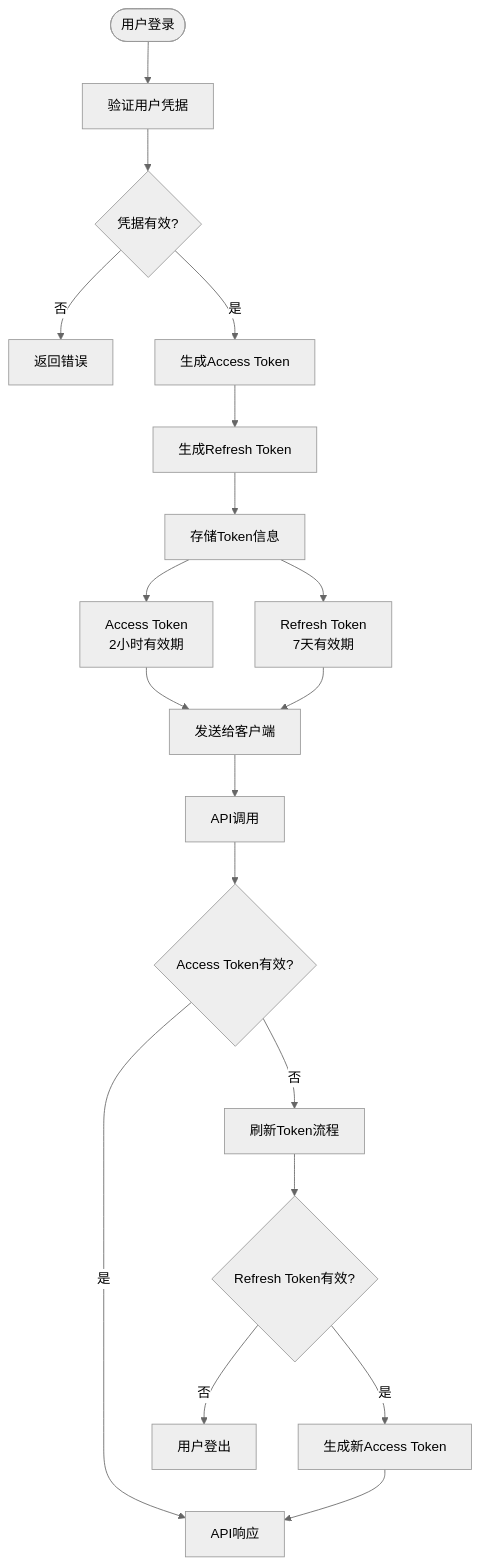
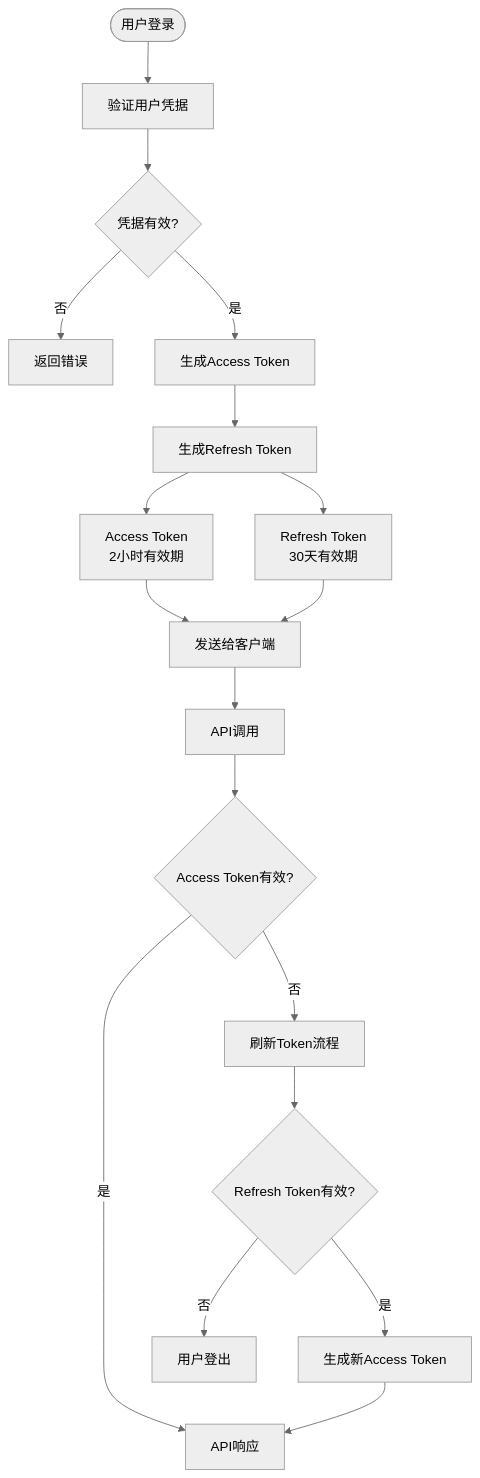
The third of 5 diagrams in .qoder/repowiki/zh/content/安全设计/认证与授权/JWT身份验证.md (wyg5208/website_diy), drawn with Mermaid (neutral theme) before and after one commit. The commit also changed other lines of this file and 43 other files, not shown here.

````diff
--- a/.qoder/repowiki/zh/content/安全设计/认证与授权/JWT身份验证.md
+++ b/.qoder/repowiki/zh/content/安全设计/认证与授权/JWT身份验证.md
@@ -129,21 +133,20 @@
 ```mermaid
 flowchart TD
 Start([用户登录]) --> Validate[验证用户凭据]
 Validate --> Valid{凭据有效?}
 Valid --> |否| Error[返回错误]
 Valid --> |是| GenerateAccess[生成Access Token]
 GenerateAccess --> GenerateRefresh[生成Refresh Token]
-GenerateRefresh --> StoreTokens[存储Token信息]
-StoreTokens --> AccessToken[Access Token<br/>2小时有效期]
-StoreTokens --> RefreshToken[Refresh Token<br/>7天有效期]
+GenerateRefresh --> AccessToken[Access Token<br/>2小时有效期]
+GenerateRefresh --> RefreshToken[Refresh Token<br/>30天有效期]
 AccessToken --> Client[发送给客户端]
 RefreshToken --> Client
 Client --> UseAPI[API调用]
 UseAPI --> ValidateAccess{Access Token有效?}
 ValidateAccess --> |是| Success[API响应]
 ValidateAccess --> |否| RefreshFlow[刷新Token流程]
 RefreshFlow --> VerifyRefresh{Refresh Token有效?}
 VerifyRefresh --> |否| Logout[用户登出]
 VerifyRefresh --> |是| GenerateNew[生成新Access Token]
 GenerateNew --> Success
 ```
````
